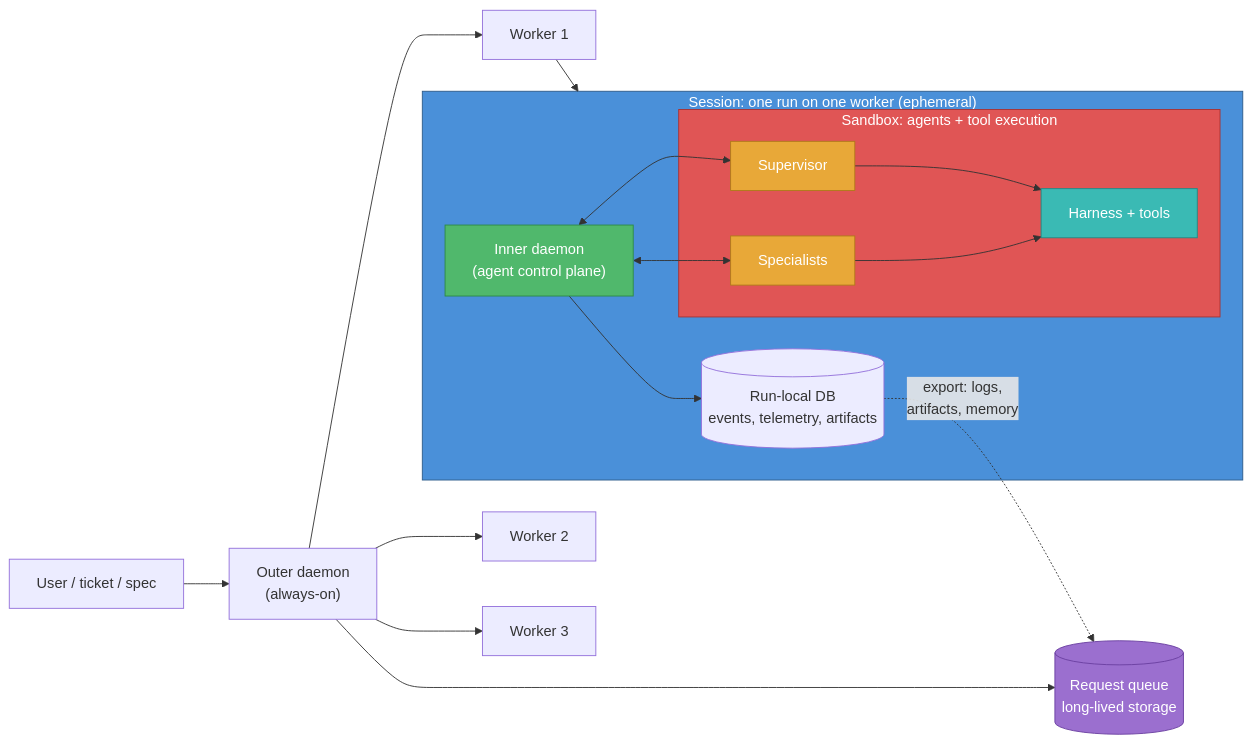
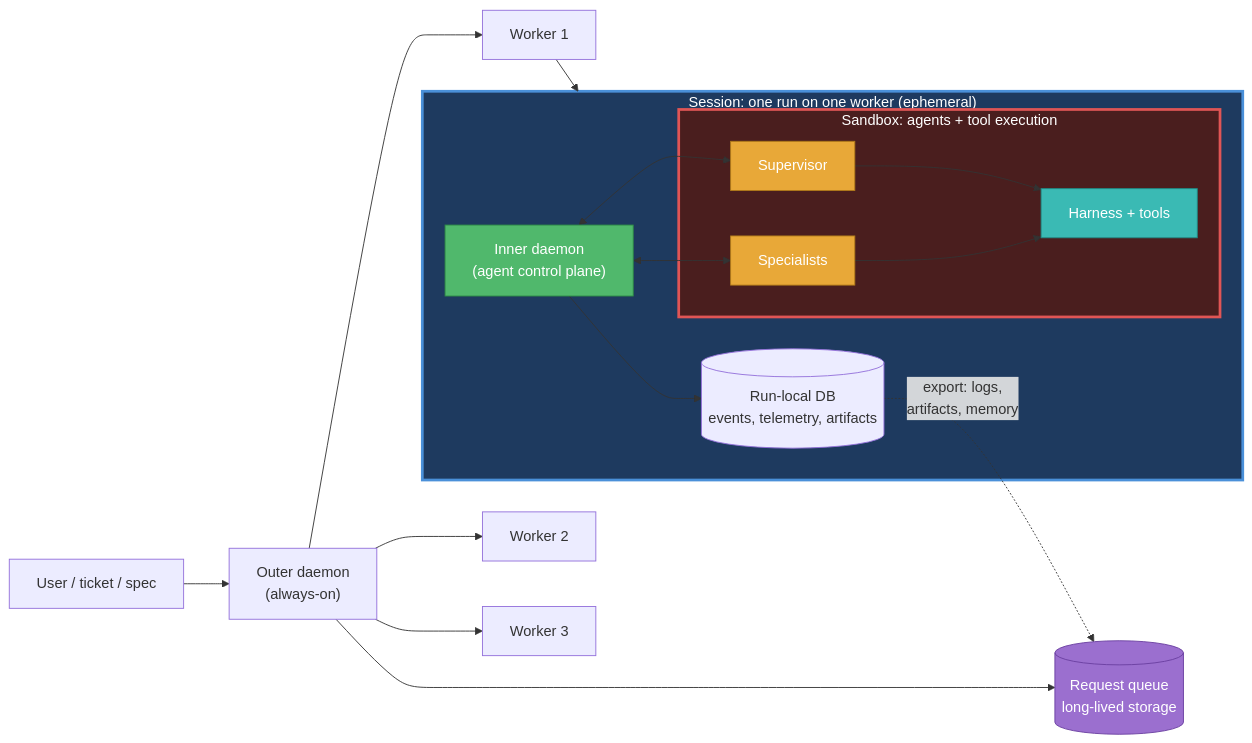
The second of 2 diagrams in docs/PHILOSOPHY.md (donovan-yohan/belayer), drawn with Mermaid before and after one commit.

Commit message:
docs: darken session/sandbox container fills for legibility
Use dark navy/maroon fills with the bright interface color as the
outline on the topology's Session and Sandbox containers, so the
nested boxes read more clearly against the lighter inner nodes.

````diff
--- a/docs/PHILOSOPHY.md
+++ b/docs/PHILOSOPHY.md
@@ -64,38 +64,38 @@
 ```mermaid
 flowchart LR
     User["User / ticket / spec"] --> OD["Outer daemon\n(always-on)"]
     OD --> Queue[("Request queue\nlong-lived storage")]:::memory
     OD --> W1["Worker 1"]
     OD --> W2["Worker 2"]
     OD --> W3["Worker 3"]
 
     subgraph WorkerRun["Session: one run on one worker (ephemeral)"]
         ID["Inner daemon\n(agent control plane)"]:::comm
         DB[("Run-local DB\nevents, telemetry, artifacts")]
 
         subgraph Sandbox["Sandbox: agents + tool execution"]
             SUP["Supervisor"]:::orch
             SPEC["Specialists"]:::orch
             H["Harness + tools"]:::tools
         end
 
         ID <--> SUP
         ID <--> SPEC
         SUP --> H
         SPEC --> H
         ID --> DB
     end
 
     W1 --> WorkerRun
     DB -.->|"export: logs,\nartifacts, memory"| Queue
 
-    class WorkerRun session
-    class Sandbox sandbox
+    class WorkerRun sessionContainer
+    class Sandbox sandboxContainer
 
-    classDef session fill:#4A90D9,stroke:#2E5C8A,color:#fff
     classDef orch fill:#E8A838,stroke:#B07A1A,color:#fff
     classDef comm fill:#50B86C,stroke:#2D8A45,color:#fff
-    classDef sandbox fill:#E05555,stroke:#A83232,color:#fff
     classDef memory fill:#9B6FCF,stroke:#6B3FA0,color:#fff
     classDef tools fill:#3ABAB4,stroke:#1F8A85,color:#fff
+    classDef sessionContainer fill:#1E3A5F,stroke:#4A90D9,stroke-width:3px,color:#fff
+    classDef sandboxContainer fill:#4A1E1E,stroke:#E05555,stroke-width:3px,color:#fff
 ```
````
